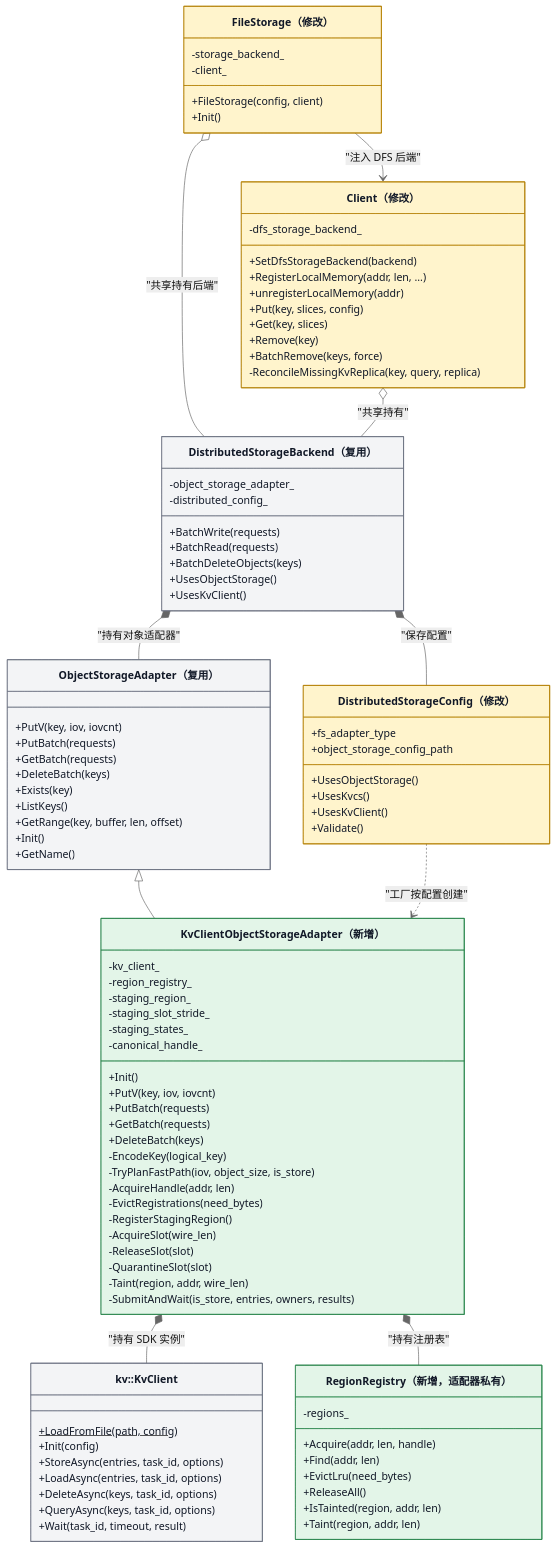
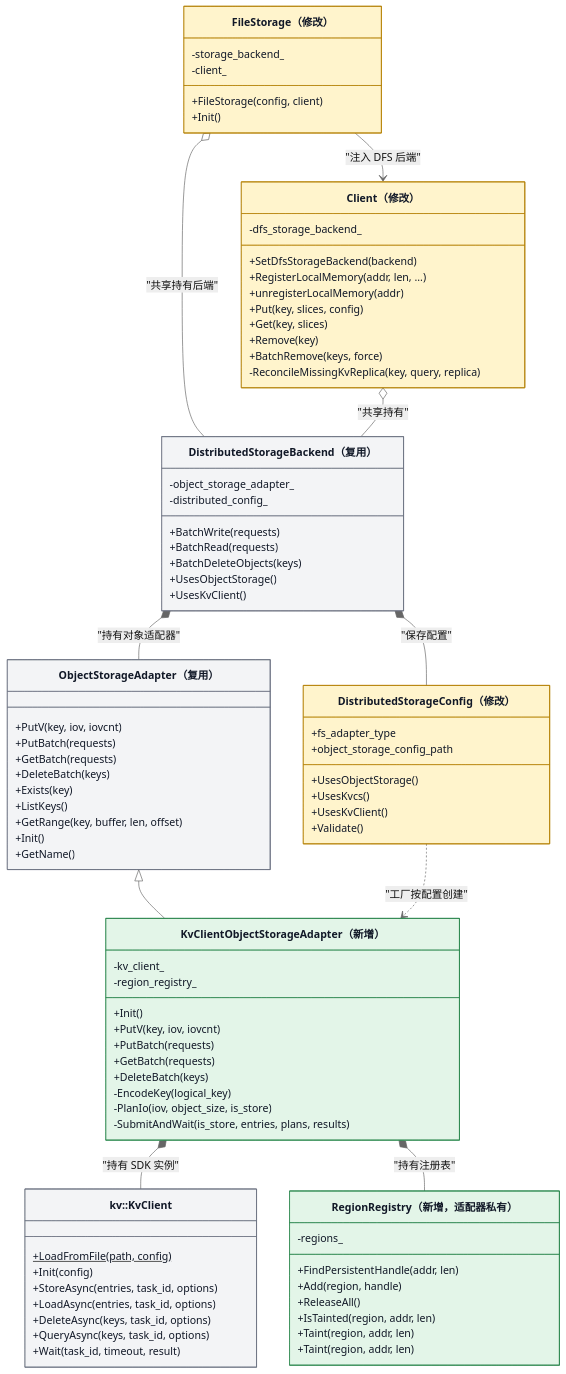
One commit to zwj20000328-dotcom/Mooncake-documents changed the second of 13 diagrams in Mooncake + KVClient L3 接入（Kvcs）- v3.md. Above: the diagram before and after it, drawn with Mermaid (neutral theme). The commit also changed other lines of this file, not shown here.

First line of the commit message:
docs: drop staging fallback and mirror ASUStore buffer registration

```diff
--- a/Mooncake + KVClient L3 接入（Kvcs）- v3.md
+++ b/Mooncake + KVClient L3 接入（Kvcs）- v3.md
@@ -181,34 +181,23 @@
     class KvClientObjectStorageAdapter["KvClientObjectStorageAdapter（新增）"] {
         -kv_client_
         -region_registry_
-        -staging_region_
-        -staging_slot_stride_
-        -staging_states_
-        -canonical_handle_
         +Init()
         +PutV(key, iov, iovcnt)
         +PutBatch(requests)
         +GetBatch(requests)
         +DeleteBatch(keys)
         -EncodeKey(logical_key)
-        -TryPlanFastPath(iov, object_size, is_store)
-        -AcquireHandle(addr, len)
-        -EvictRegistrations(need_bytes)
-        -RegisterStagingRegion()
-        -AcquireSlot(wire_len)
-        -ReleaseSlot(slot)
-        -QuarantineSlot(slot)
-        -Taint(region, addr, wire_len)
-        -SubmitAndWait(is_store, entries, owners, results)
+        -PlanIo(iov, object_size, is_store)
+        -SubmitAndWait(is_store, entries, plans, results)
     }
 
     class RegionRegistry["RegionRegistry（新增，适配器私有）"] {
         -regions_
-        +Acquire(addr, len, handle)
-        +Find(addr, len)
-        +EvictLru(need_bytes)
+        +FindPersistentHandle(addr, len)
+        +Add(region, handle)
         +ReleaseAll()
         +IsTainted(region, addr, len)
+        +Taint(region, addr, len)
         +Taint(region, addr, len)
     }
 
```
